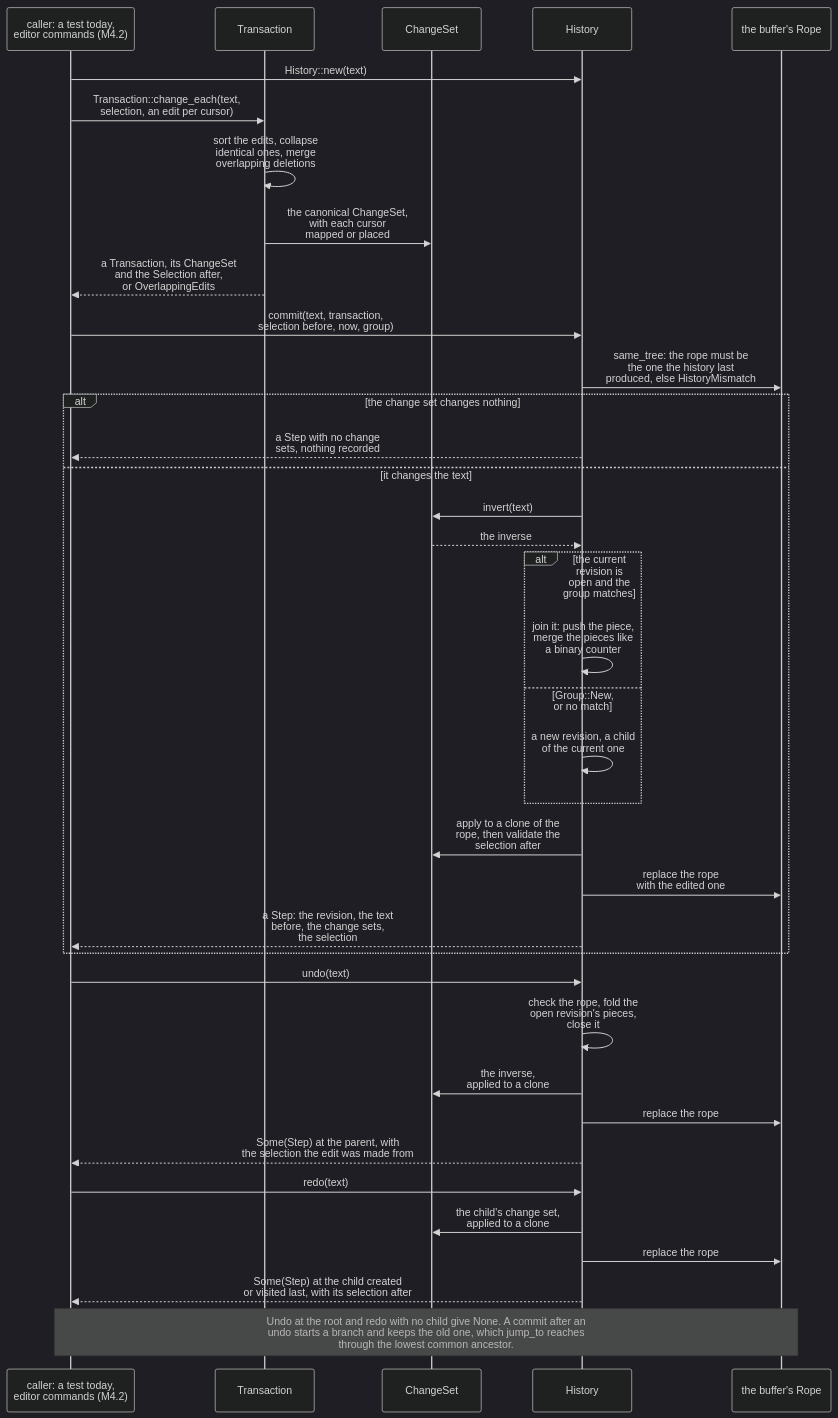
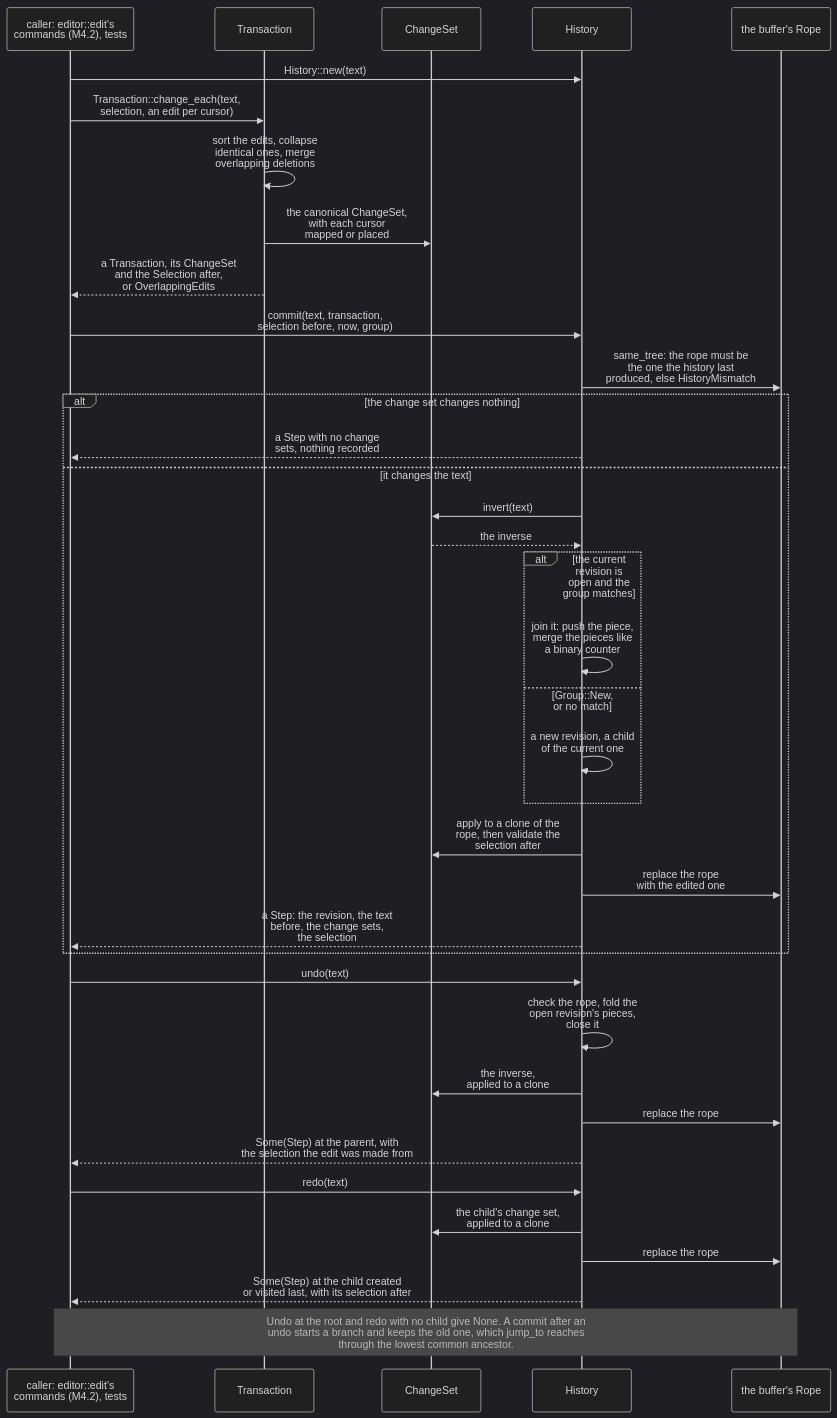
Before and after one commit to jabbott-iii/Tidepool: the eighth of 24 diagrams in diagrams/sequence-diagrams.md, drawn with Mermaid (dark theme). The commit also changed other lines of this file and 38 other files, not shown here.

First line of the commit message:
feat(editor,text): editing commands, multi-cursor, undo and clipboard (M4.2)

````diff
--- a/diagrams/sequence-diagrams.md
+++ b/diagrams/sequence-diagrams.md
@@ -471,40 +471,40 @@
 ```mermaid
 sequenceDiagram
-    participant Caller as caller: a test today,<br/>editor commands (M4.2)
+    participant Caller as caller: editor::edit's<br/>commands (M4.2), tests
     participant Tx as Transaction
     participant Cs as ChangeSet
     participant Hist as History
     participant Buf as the buffer's Rope
 
     Caller->>Hist: History::new(text)
     Caller->>Tx: Transaction::change_each(text,<br/>selection, an edit per cursor)
     Tx->>Tx: sort the edits, collapse<br/>identical ones, merge<br/>overlapping deletions
     Tx->>Cs: the canonical ChangeSet,<br/>with each cursor<br/>mapped or placed
     Tx-->>Caller: a Transaction, its ChangeSet<br/>and the Selection after,<br/>or OverlappingEdits
     Caller->>Hist: commit(text, transaction,<br/>selection before, now, group)
     Hist->>Buf: same_tree: the rope must be<br/>the one the history last<br/>produced, else HistoryMismatch
     alt the change set changes nothing
         Hist-->>Caller: a Step with no change<br/>sets, nothing recorded
     else it changes the text
         Hist->>Cs: invert(text)
         Cs-->>Hist: the inverse
         alt the current revision is open and the group matches
             Hist->>Hist: join it: push the piece,<br/>merge the pieces like<br/>a binary counter
         else Group::New, or no match
             Hist->>Hist: a new revision, a child<br/>of the current one
         end
         Hist->>Cs: apply to a clone of the<br/>rope, then validate the<br/>selection after
         Hist->>Buf: replace the rope<br/>with the edited one
         Hist-->>Caller: a Step: the revision, the text<br/>before, the change sets,<br/>the selection
     end
     Caller->>Hist: undo(text)
     Hist->>Hist: check the rope, fold the<br/>open revision's pieces,<br/>close it
     Hist->>Cs: the inverse,<br/>applied to a clone
     Hist->>Buf: replace the rope
     Hist-->>Caller: Some(Step) at the parent, with<br/>the selection the edit was made from
     Caller->>Hist: redo(text)
     Hist->>Cs: the child's change set,<br/>applied to a clone
     Hist->>Buf: replace the rope
     Hist-->>Caller: Some(Step) at the child created<br/>or visited last, with its selection after
     Note over Caller,Buf: Undo at the root and redo with no child give None. A commit after an<br/>undo starts a branch and keeps the old one, which jump_to reaches<br/>through the lowest common ancestor.
 ```
````
